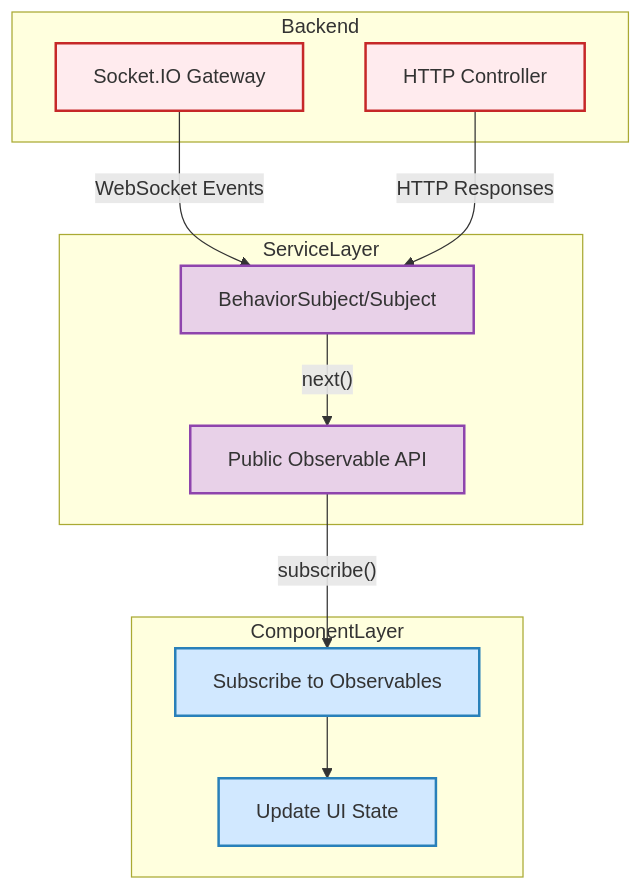
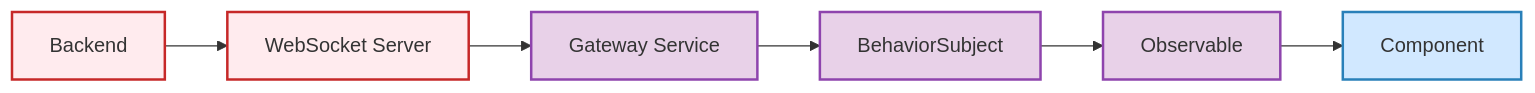
The third of 5 diagrams in forgeboard-frontend/src/assets/documentation/CODING-STANDARDS.md (JeffreySanford/forge-board), drawn with Mermaid before and after one commit. The commit also changed other lines of this file and 21 other files, not shown here.

````diff
--- a/forgeboard-frontend/src/assets/documentation/CODING-STANDARDS.md
+++ b/forgeboard-frontend/src/assets/documentation/CODING-STANDARDS.md
@@ -45,23 +46,12 @@
 ```mermaid
-flowchart TD
-  subgraph Backend
-    GW[Socket.IO Gateway]:::backend
-    HC[HTTP Controller]:::backend
-  end
-  subgraph ServiceLayer
-    S1[BehaviorSubject/Subject]:::service
-    S2[Public Observable API]:::service
-  end
-  subgraph ComponentLayer
-    C1[Subscribe to Observables]:::component
-    C2[Update UI State]:::component
-  end
-  GW -- WebSocket Events --> S1
-  HC -- HTTP Responses --> S1
-  S1 -- next() --> S2
-  S2 -- subscribe() --> C1
-  C1 --> C2
+flowchart LR
+  BE[Backend]:::backend --> WSS[WebSocket Server]:::backend
+  WSS --> Gateway[Gateway Service]:::service
+  Gateway --> Subject[BehaviorSubject]:::service
+  Subject --> Observable[Observable]:::service
+  Observable --> Component[Component]:::component
+  
   classDef backend fill:#FFEBEE,stroke:#C62828,stroke-width:2px;
   classDef service fill:#E8D1E8,stroke:#8E44AD,stroke-width:2px;
   classDef component fill:#D1E8FF,stroke:#2980B9,stroke-width:2px;
 ```
````
